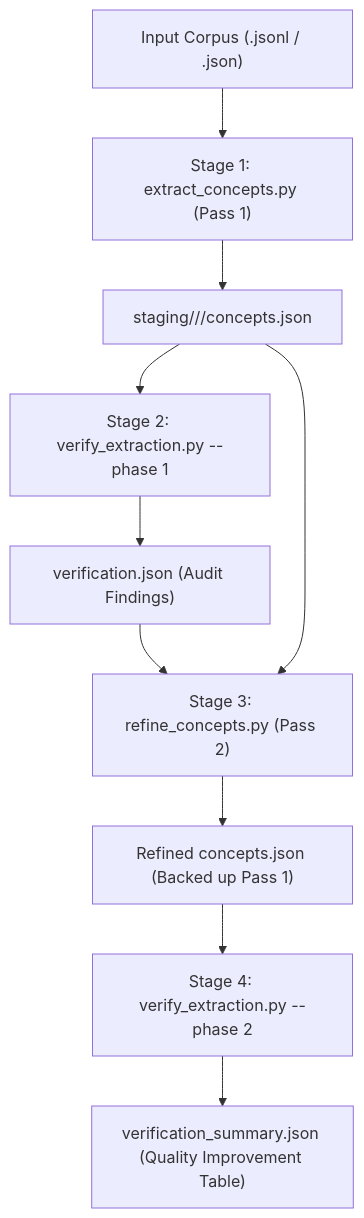
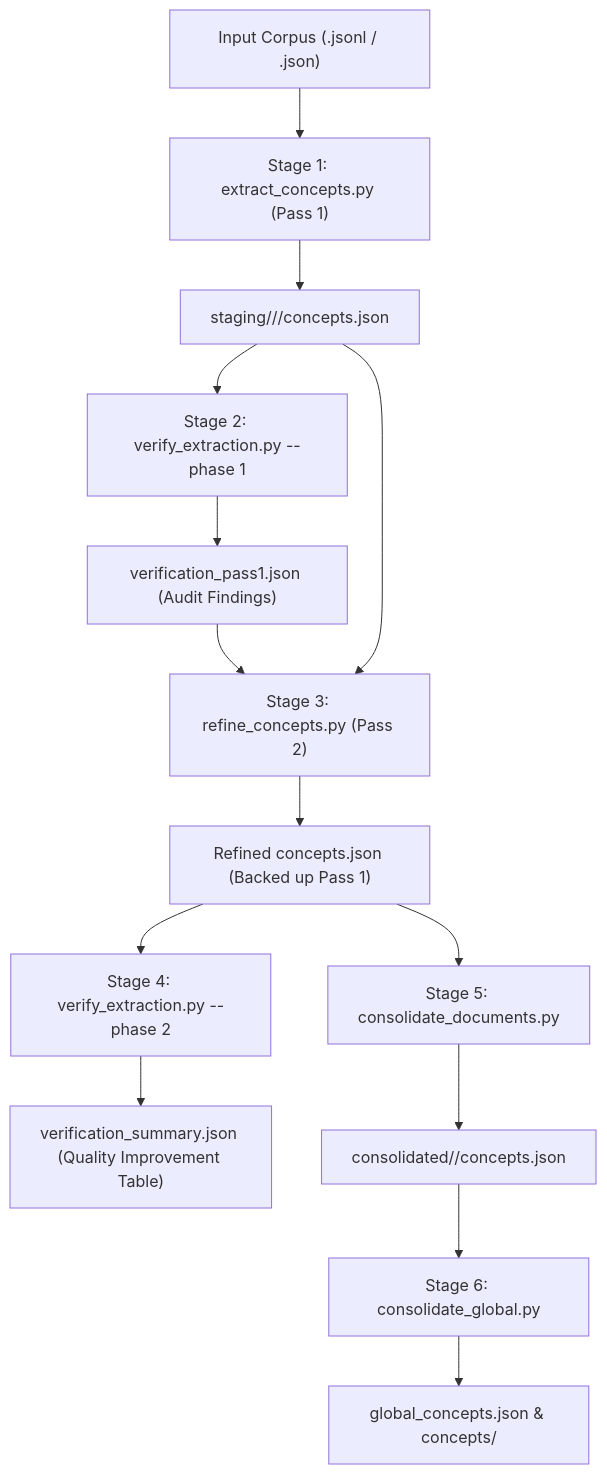
One commit to BhagawanPanditi/wiki-pipeline changed the diagram in new_README.md. Above: the diagram before and after it, drawn with Mermaid. The commit also changed other lines of this file, not shown here.

Commit message:
docs: update new_README.md with Stage 5 and Stage 6 instructions and schemas

````diff
--- a/new_README.md
+++ b/new_README.md
@@ -30,12 +30,16 @@
 ```mermaid
 flowchart TD
     Corpus["Input Corpus (.jsonl / .json)"] --> Pass1["Stage 1: extract_concepts.py (Pass 1)"]
     Pass1 --> Staging1["staging/<doc>/<chunk>/concepts.json"]
     Staging1 --> Verify1["Stage 2: verify_extraction.py --phase 1"]
-    Verify1 --> Report1["verification.json (Audit Findings)"]
+    Verify1 --> Report1["verification_pass1.json (Audit Findings)"]
     Report1 --> Refine["Stage 3: refine_concepts.py (Pass 2)"]
     Staging1 --> Refine
     Refine --> Staging2["Refined concepts.json (Backed up Pass 1)"]
     Staging2 --> Verify2["Stage 4: verify_extraction.py --phase 2"]
     Verify2 --> Summary["verification_summary.json (Quality Improvement Table)"]
+    Staging2 --> DocConsolidate["Stage 5: consolidate_documents.py"]
+    DocConsolidate --> DocOut["consolidated/<doc>/concepts.json"]
+    DocOut --> GlobalConsolidate["Stage 6: consolidate_global.py"]
+    GlobalConsolidate --> GlobalOut["global_concepts.json & concepts/<title>.json"]
 ```
````
